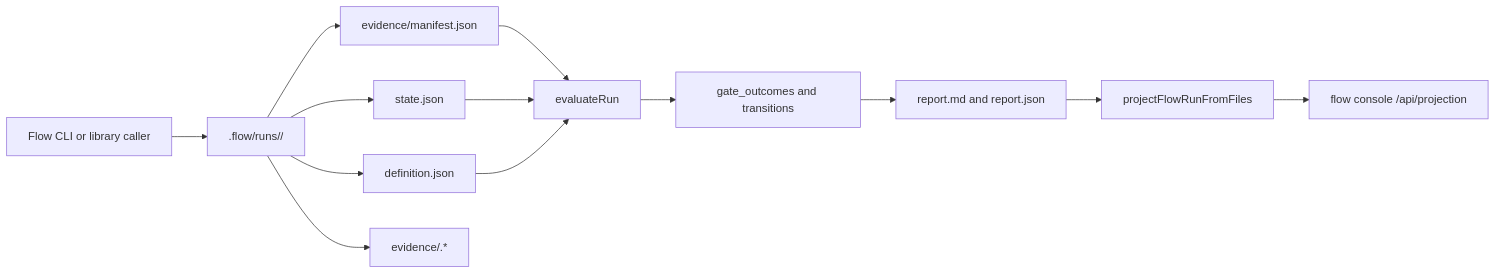
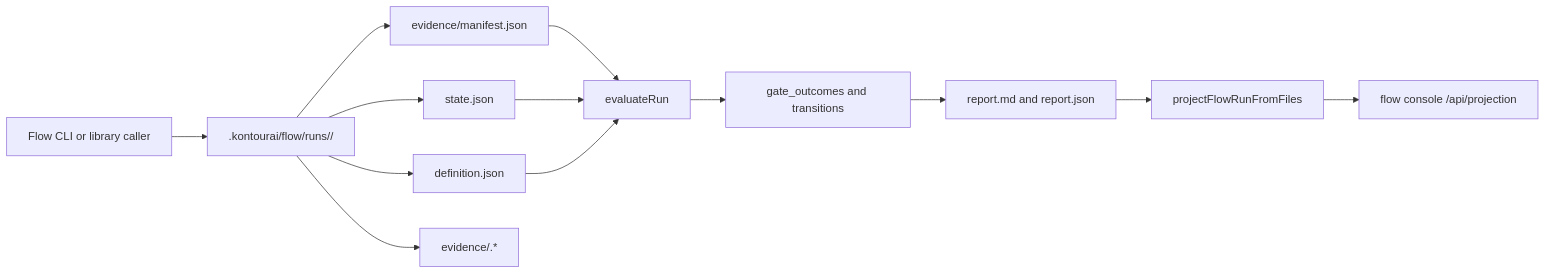
One commit to kontourai/flow changed the fourth of 7 diagrams in docs/developer-architecture.md. Above: the diagram before and after it, drawn with Mermaid. The commit also changed other lines of this file and 57 other files, not shown here.

First line of the commit message:
feat!: move generated Flow state to .kontourai/flow (#112)

````diff
--- a/docs/developer-architecture.md
+++ b/docs/developer-architecture.md
@@ -98,15 +98,15 @@
 ```mermaid
 flowchart LR
-  CLI["Flow CLI or library caller"] --> RunStore[".flow/runs/<run-id>/"]
+  CLI["Flow CLI or library caller"] --> RunStore[".kontourai/flow/runs/<run-id>/"]
   RunStore --> Definition["definition.json"]
   RunStore --> State["state.json"]
   RunStore --> Manifest["evidence/manifest.json"]
   RunStore --> EvidenceFiles["evidence/<id>.*"]
   Manifest --> Evaluate["evaluateRun"]
   State --> Evaluate
   Definition --> Evaluate
   Evaluate --> Outcomes["gate_outcomes and transitions"]
   Outcomes --> Reports["report.md and report.json"]
   Reports --> ConsoleProjection["projectFlowRunFromFiles"]
   ConsoleProjection --> LocalConsole["flow console /api/projection"]
 ```
````
